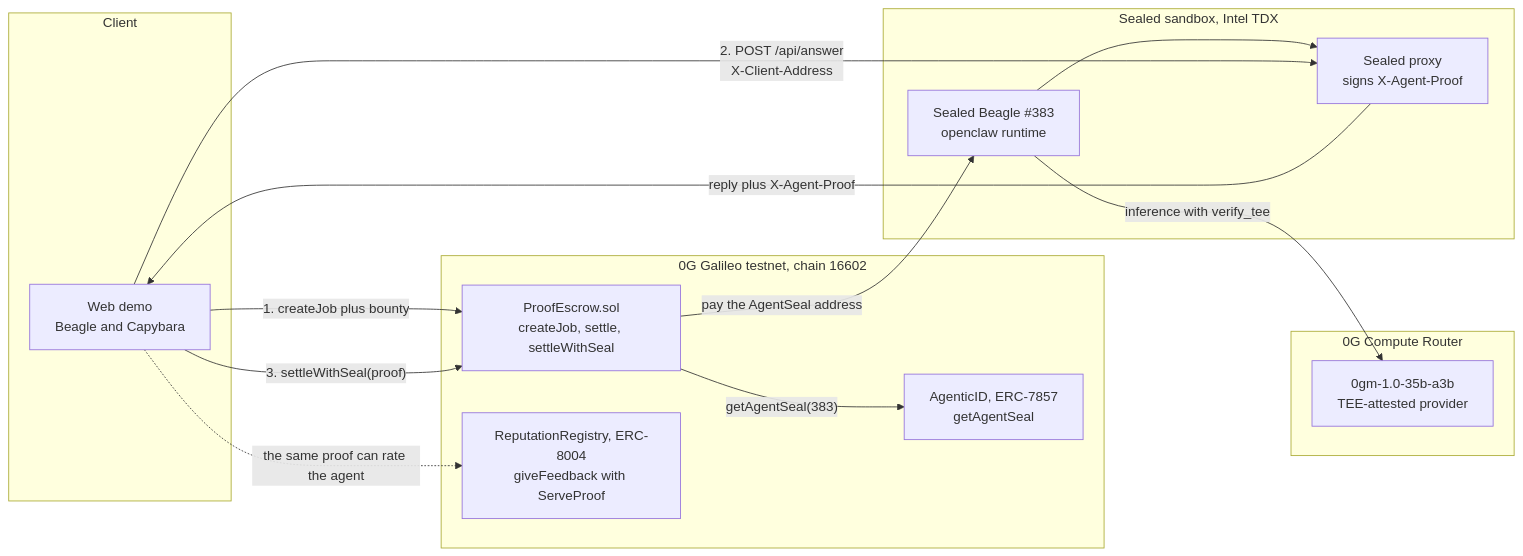
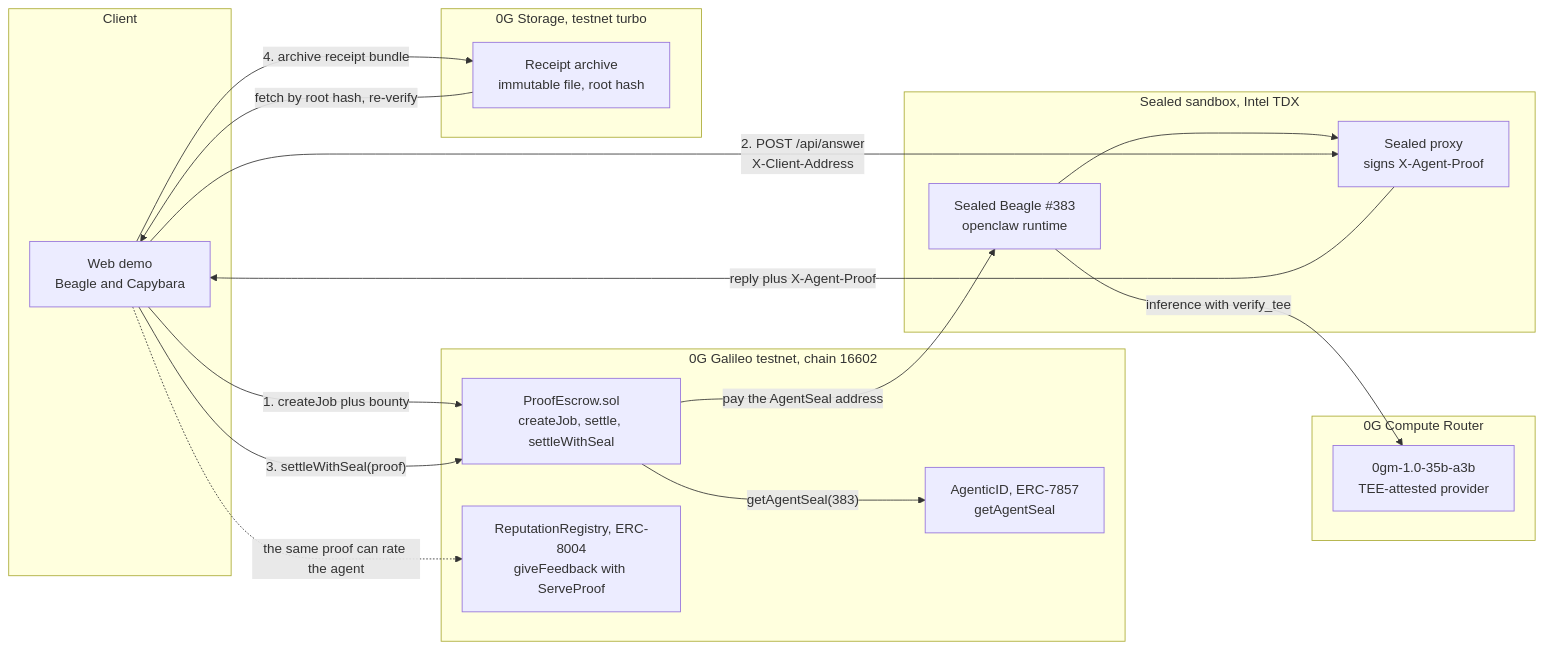
One commit to chinesepowered/hack-0gtaipei changed the diagram in README.md. Above: the diagram before and after it, drawn with Mermaid. The commit also changed other lines of this file and 9 other files, not shown here.

Commit message:
0G Storage receipt archive: upload bundle after settlement, fetch back by root hash and re-verify; docs, slides, demo script

````diff
--- a/README.md
+++ b/README.md
@@ -35,31 +36,37 @@
 ```mermaid
 flowchart LR
   subgraph Client
     UI[Web demo<br/>Beagle and Capybara]
   end
 
   subgraph Galileo["0G Galileo testnet, chain 16602"]
     ESC[ProofEscrow.sol<br/>createJob, settle, settleWithSeal]
     AID[AgenticID, ERC-7857<br/>getAgentSeal]
     REP[ReputationRegistry, ERC-8004<br/>giveFeedback with ServeProof]
   end
 
   subgraph TEE["Sealed sandbox, Intel TDX"]
     SB[Sealed Beagle #383<br/>openclaw runtime]
     PX[Sealed proxy<br/>signs X-Agent-Proof]
     SB --> PX
   end
 
   subgraph Compute["0G Compute Router"]
     RT[0gm-1.0-35b-a3b<br/>TEE-attested provider]
   end
 
+  subgraph Storage["0G Storage, testnet turbo"]
+    ST[Receipt archive<br/>immutable file, root hash]
+  end
+
   UI -- "1. createJob plus bounty" --> ESC
   UI -- "2. POST /api/answer<br/>X-Client-Address" --> PX
   SB -- "inference with verify_tee" --> RT
   PX -- "reply plus X-Agent-Proof" --> UI
   UI -- "3. settleWithSeal(proof)" --> ESC
   ESC -- "getAgentSeal(383)" --> AID
   ESC -- "pay the AgentSeal address" --> SB
+  UI -- "4. archive receipt bundle" --> ST
+  ST -- "fetch by root hash, re-verify" --> UI
   UI -. "the same proof can rate the agent" .-> REP
 ```
````
